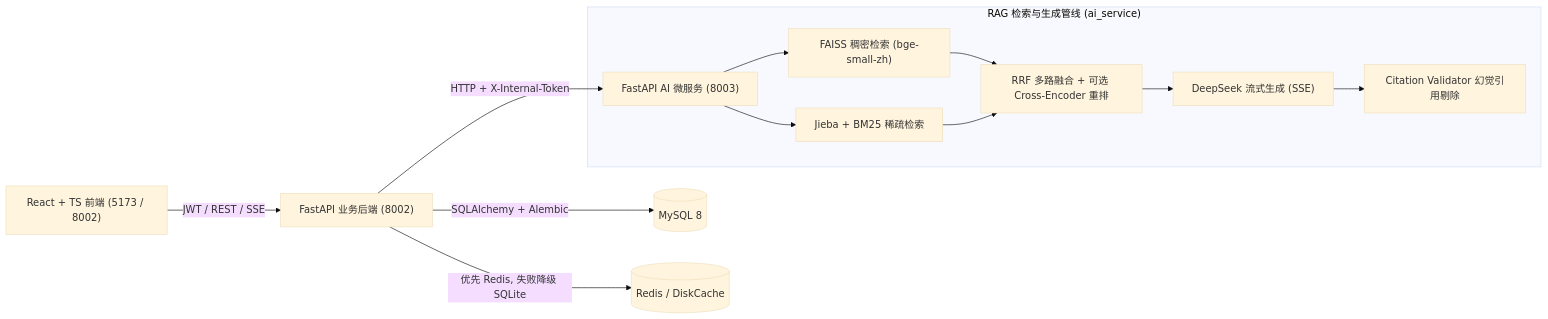
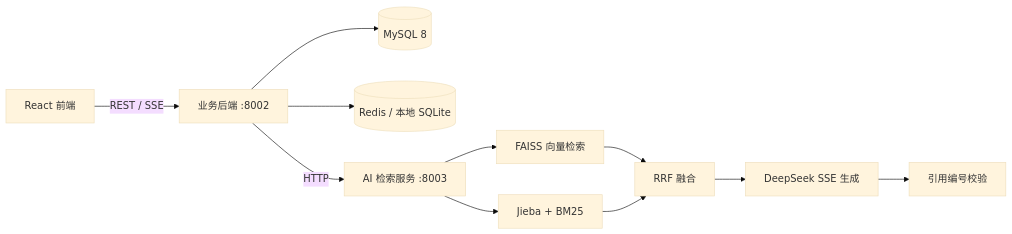
Before and after one commit to Nanoda16/docqa: the diagram in README.md, drawn with Mermaid (base theme). The commit also changed other lines of this file, not shown here.

````diff
--- a/README.md
+++ b/README.md
@@ -14,16 +11,13 @@
 ```mermaid
 flowchart LR
-    U["React + TS 前端 (5173 / 8002)"] -->|JWT / REST / SSE| B["FastAPI 业务后端 (8002)"]
-    B -->|SQLAlchemy + Alembic| DB[("MySQL 8")]
-    B -->|优先 Redis, 失败降级 SQLite| Cache[("Redis / DiskCache")]
-    B -->|HTTP + X-Internal-Token| AI["FastAPI AI 微服务 (8003)"]
-
-    subgraph RAG["RAG 检索与生成管线 (ai_service)"]
-        AI --> D1["FAISS 稠密检索 (bge-small-zh)"]
-        AI --> D2["Jieba + BM25 稀疏检索"]
-        D1 --> F["RRF 多路融合 + 可选 Cross-Encoder 重排"]
-        D2 --> F
-        F --> G["DeepSeek 流式生成 (SSE)"]
-        G --> C["Citation Validator 幻觉引用剔除"]
-    end
+    Web["React 前端"] -->|REST / SSE| API["业务后端 :8002"]
+    API --> MySQL[("MySQL 8")]
+    API --> Cache[("Redis / 本地 SQLite")]
+    API -->|HTTP| AI["AI 检索服务 :8003"]
+    AI --> Dense["FAISS 向量检索"]
+    AI --> Sparse["Jieba + BM25"]
+    Dense --> RRF["RRF 融合"]
+    Sparse --> RRF
+    RRF --> LLM["DeepSeek SSE 生成"]
+    LLM --> Cite["引用编号校验"]
 ```
````
